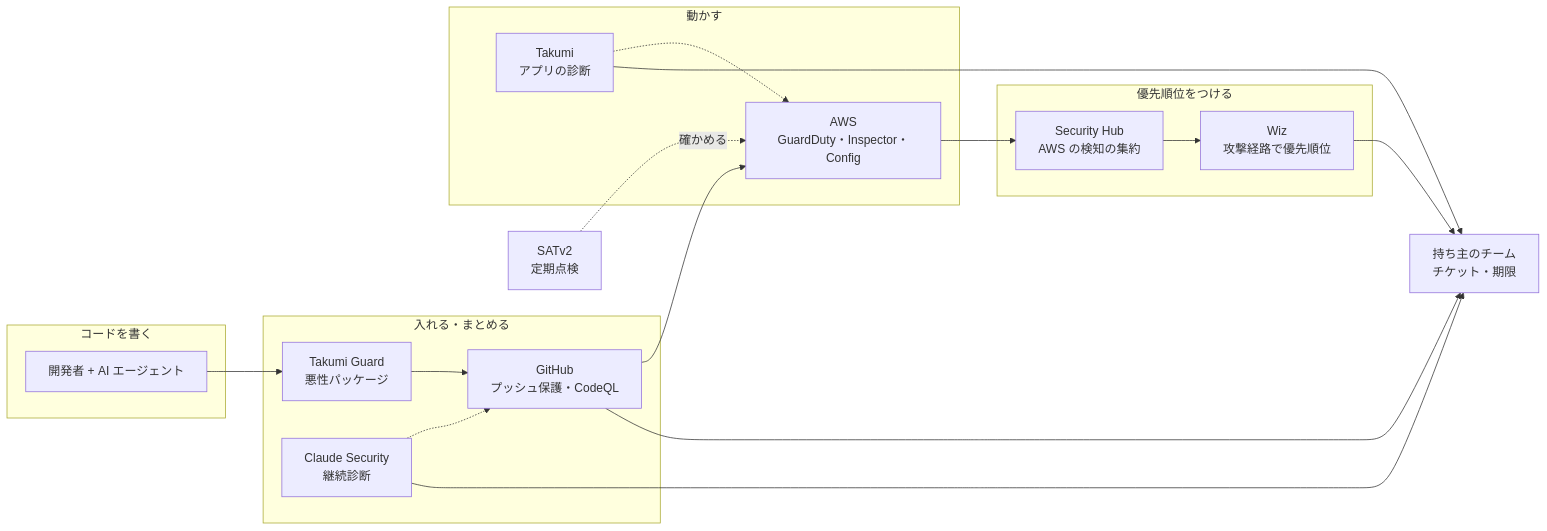
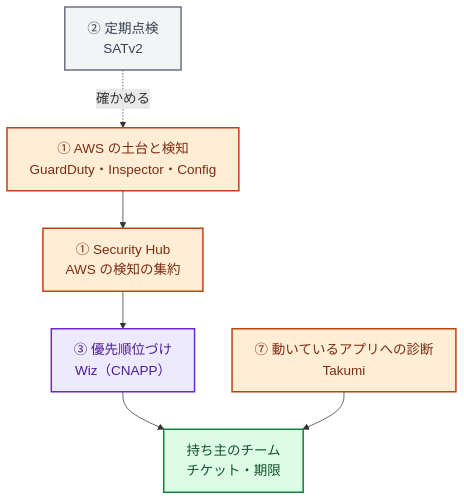
The second of 2 diagrams in books/security-roadmap-ja/05-tool-map.md (rkawajiri/zenn-content), drawn with Mermaid before and after one commit. The commit also changed other lines of this file and 9 other files, not shown here.

First line of the commit message:
redraw diagrams vertically with larger text and a consistent color palette; split tool-map and final-state diagrams

````diff
--- a/books/security-roadmap-ja/05-tool-map.md
+++ b/books/security-roadmap-ja/05-tool-map.md
@@ -59,28 +77,17 @@
 ```mermaid
-flowchart LR
-  subgraph Code[コードを書く]
-    IDE[開発者 + AI エージェント]
-  end
-  subgraph Build[入れる・まとめる]
-    Guard[Takumi Guard<br>悪性パッケージ]
-    GH[GitHub<br>プッシュ保護・CodeQL]
-    CS[Claude Security<br>継続診断]
-  end
-  subgraph Run[動かす]
-    AWS[AWS<br>GuardDuty・Inspector・Config]
-    TK[Takumi<br>アプリの診断]
-  end
-  subgraph Decide[優先順位をつける]
-    SH[Security Hub<br>AWS の検知の集約]
-    Wiz[Wiz<br>攻撃経路で優先順位]
-  end
-  IDE --> Guard --> GH --> AWS
-  CS -.-> GH
-  TK -.-> AWS
-  AWS --> SH --> Wiz
-  Wiz --> Owner[持ち主のチーム<br>チケット・期限]
-  GH --> Owner
-  CS --> Owner
+%%{init: {"themeVariables": {"fontSize": "18px"}, "flowchart": {"wrappingWidth": 400}}}%%
+flowchart TB
+  AWS["① AWS の土台と検知<br>GuardDuty・Inspector・Config"]:::cloud
+  SH["① Security Hub<br>AWS の検知の集約"]:::cloud
+  Wiz["③ 優先順位づけ<br>Wiz（CNAPP）"]:::ops
+  TK["⑦ 動いているアプリへの診断<br>Takumi"]:::cloud
+  SAT["② 定期点検<br>SATv2"]:::gray
+  Owner["持ち主のチーム<br>チケット・期限"]:::gov
+  AWS --> SH --> Wiz --> Owner
   TK --> Owner
-  SAT[SATv2<br>定期点検] -.確かめる.-> AWS
+  SAT -.確かめる.-> AWS
+  classDef cloud fill:#ffedd5,stroke:#c2410c,color:#7c2d12,stroke-width:2px
+  classDef ops fill:#ede9fe,stroke:#6d28d9,color:#4c1d95,stroke-width:2px
+  classDef gray fill:#f3f4f6,stroke:#6b7280,color:#374151,stroke-width:2px
+  classDef gov fill:#dcfce7,stroke:#15803d,color:#14532d,stroke-width:2px
 ```
````
